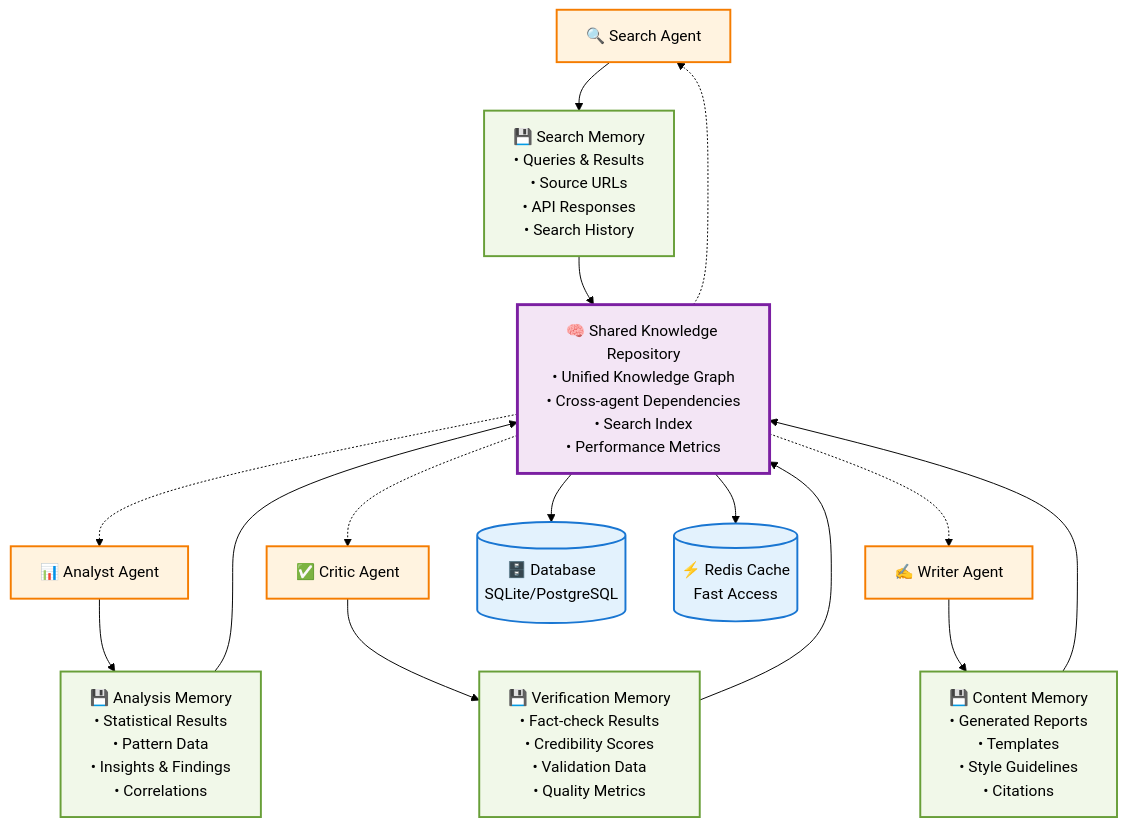
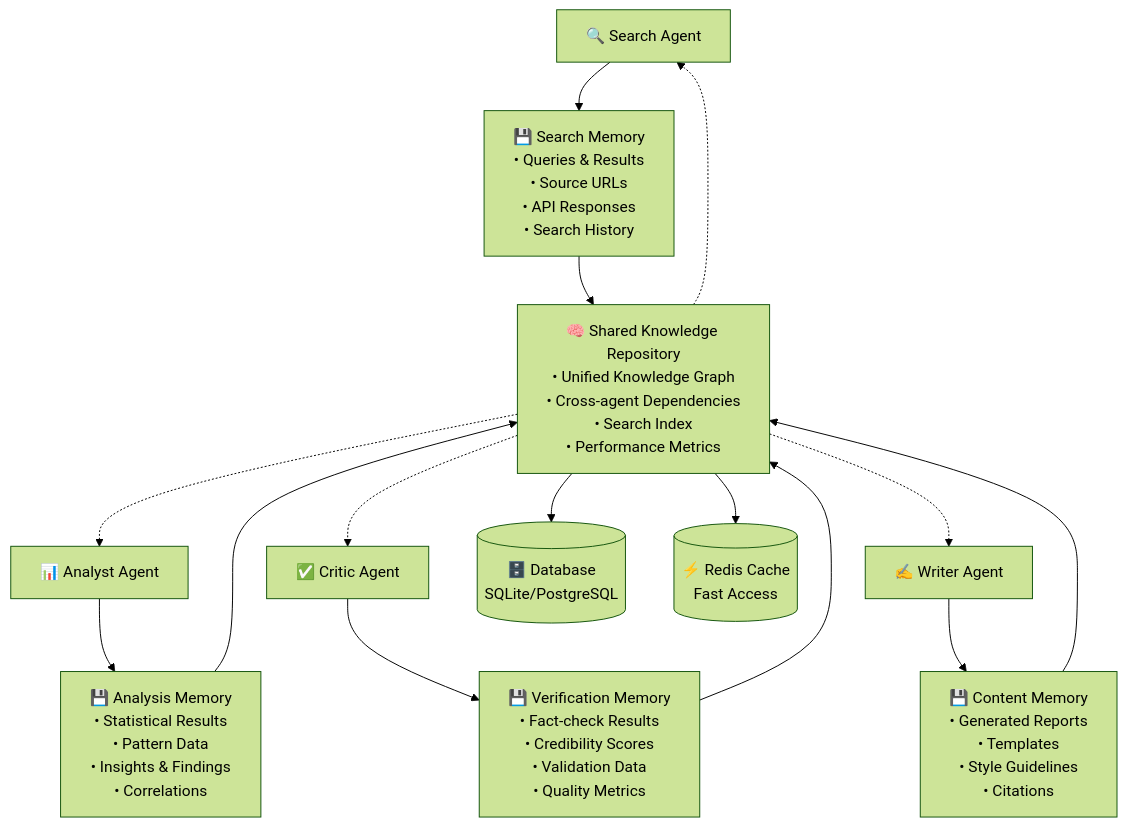
Before and after one commit to m0-divdev/deep_research_agent: the third of 5 diagrams in ARCHITECTURE.md, drawn with Mermaid (forest theme). The commit also changed other lines of this file, not shown here.

Commit message:
feat: Diagram additon (mermaid)

````diff
--- a/ARCHITECTURE.md
+++ b/ARCHITECTURE.md
@@ -245,35 +211,24 @@
 ```mermaid
 graph TB
     %% Agents
     SA[🔍 Search Agent] --> SM[💾 Search Memory<br/>• Queries & Results<br/>• Source URLs<br/>• API Responses<br/>• Search History]
     AA[📊 Analyst Agent] --> AM[💾 Analysis Memory<br/>• Statistical Results<br/>• Pattern Data<br/>• Insights & Findings<br/>• Correlations]
     CA[✅ Critic Agent] --> VM[💾 Verification Memory<br/>• Fact-check Results<br/>• Credibility Scores<br/>• Validation Data<br/>• Quality Metrics]
     WA[✍️ Writer Agent] --> CM[💾 Content Memory<br/>• Generated Reports<br/>• Templates<br/>• Style Guidelines<br/>• Citations]
     
     %% Shared Knowledge Hub
     SM --> SKR[🧠 Shared Knowledge Repository<br/>• Unified Knowledge Graph<br/>• Cross-agent Dependencies<br/>• Search Index<br/>• Performance Metrics]
     AM --> SKR
     VM --> SKR
     CM --> SKR
     
     %% Cross-agent Access
     SKR -.-> SA
     SKR -.-> AA
     SKR -.-> CA
     SKR -.-> WA
     
     %% External Storage
     SKR --> DB[(🗄️ Database<br/>SQLite/PostgreSQL)]
     SKR --> CACHE[(⚡ Redis Cache<br/>Fast Access)]
-    
-    %% Styling
-    classDef agentClass fill:#fff3e0,stroke:#f57c00,stroke-width:2px
-    classDef memoryClass fill:#f1f8e9,stroke:#689f38,stroke-width:2px
-    classDef sharedClass fill:#f3e5f5,stroke:#7b1fa2,stroke-width:3px
-    classDef storageClass fill:#e3f2fd,stroke:#1976d2,stroke-width:2px
-    
-    class SA,AA,CA,WA agentClass
-    class SM,AM,VM,CM memoryClass
-    class SKR sharedClass
-    class DB,CACHE storageClass
 ```
````
